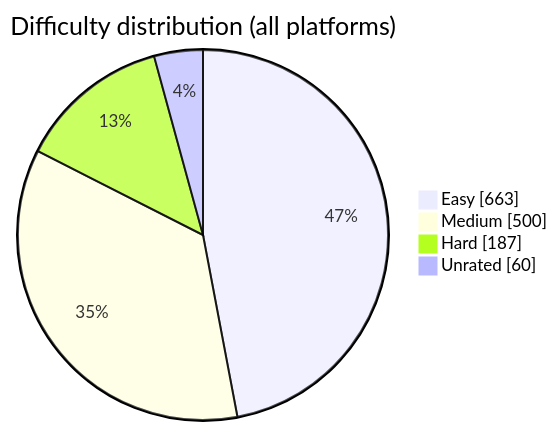
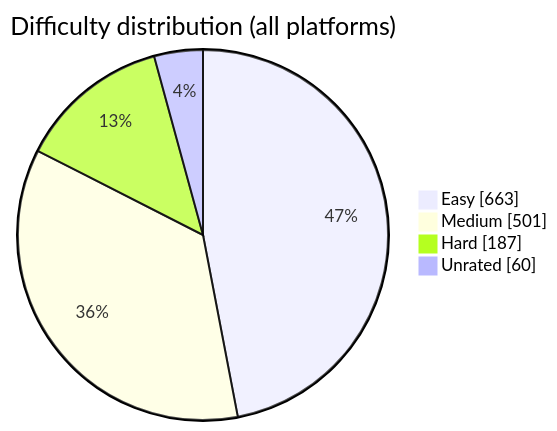
Before and after one commit to BuildbyArindam/Daily-Coding-Log: the diagram in README.md, drawn with Mermaid. The commit also changed other lines of this file, not shown here.

````diff
--- a/README.md
+++ b/README.md
@@ -93,7 +93,7 @@
 ```mermaid
 pie showData title Difficulty distribution (all platforms)
     "Easy" : 663
-    "Medium" : 500
+    "Medium" : 501
     "Hard" : 187
     "Unrated" : 60
 ```
````
